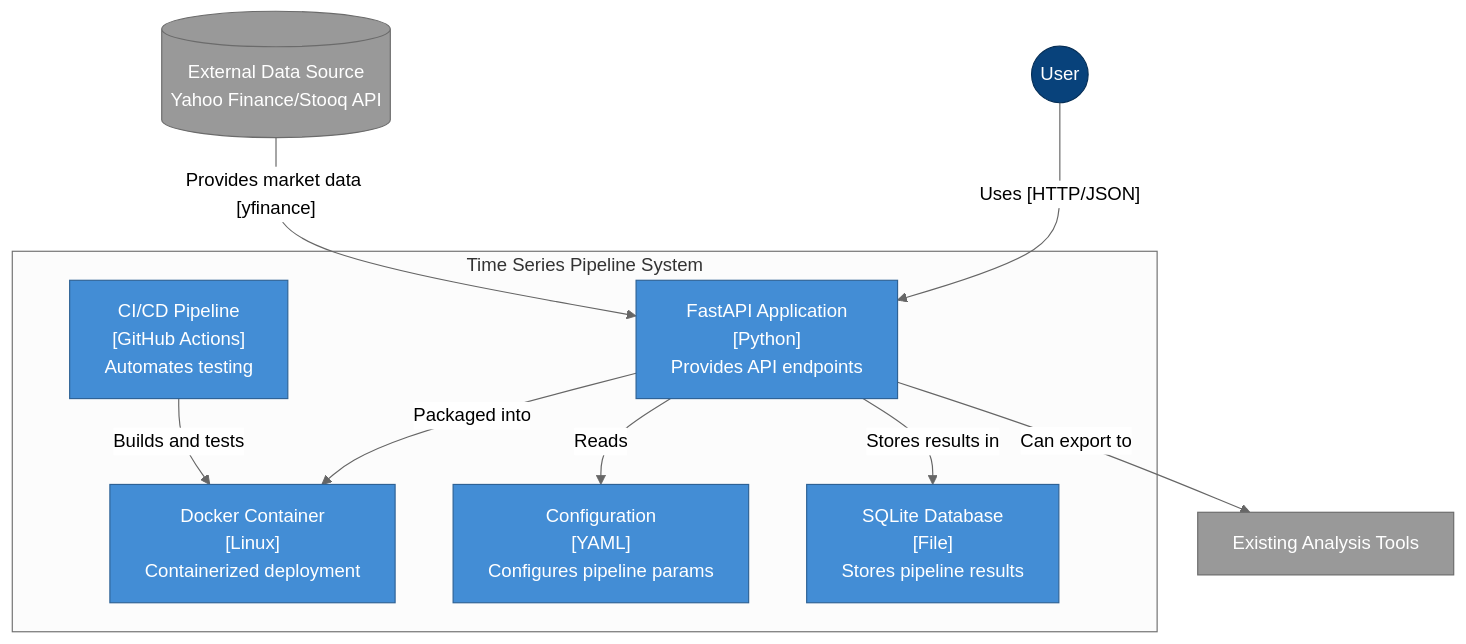
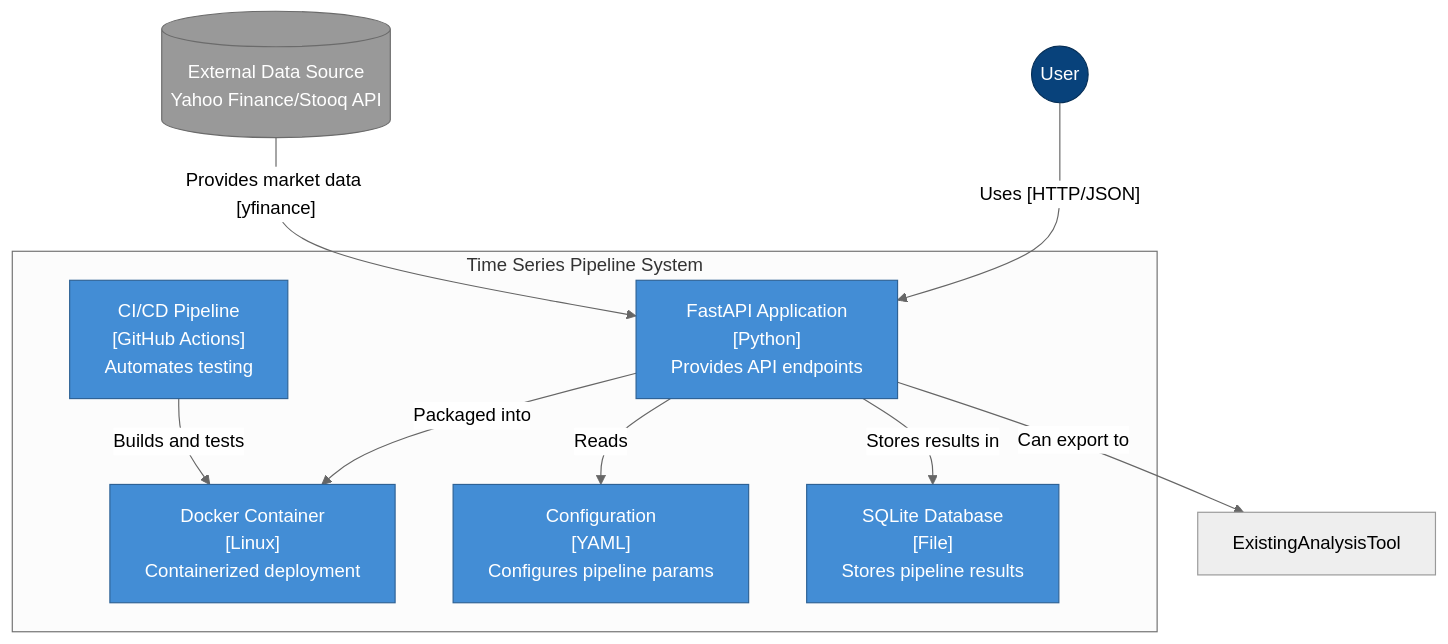
The second of 4 diagrams in README.md (garthmortensen/timeseries-api), drawn with Mermaid (neutral theme) before and after one commit. The commit also changed other lines of this file, not shown here.

````diff
--- a/README.md
+++ b/README.md
@@ -421,33 +437,32 @@
 ```mermaid
 flowchart TB
     %% Styling
     classDef person fill:#08427B,color:#fff,stroke:#052E56,stroke-width:1px
     classDef container fill:#438DD5,color:#fff,stroke:#2E6295,stroke-width:1px
     classDef external fill:#999999,color:#fff,stroke:#6B6B6B,stroke-width:1px
     classDef system fill:#1168BD,color:#fff,stroke:#0B4884,stroke-width:1px
     
     %% Person
     User((User)):::person
     
     %% System boundary
     subgraph TimeSeriesPipeline["Time Series Pipeline System"]
         FastAPI["FastAPI Application<br>[Python]<br>Provides API endpoints"]:::container
         Dockerized["Docker Container<br>[Linux]<br>Containerized deployment"]:::container
         Config["Configuration<br>[YAML]<br>Configures pipeline params"]:::container
 Database["SQLite Database<br>[File]<br>Stores pipeline results"]:::container
         CIpipeline["CI/CD Pipeline<br>[GitHub Actions]<br>Automates testing"]:::container
     end
     
     %% External Systems
     ExternalDataSource[(External Data Source<br>Yahoo Finance/Stooq API)]:::external
-ExistingAnalysisTool[Existing Analysis Tools]:::external
     
     %% Relationships
     User -- "Uses [HTTP/JSON]" --> FastAPI
     FastAPI -- "Reads" --> Config
     FastAPI -- "Stores results in" --> Database
     FastAPI -- "Packaged into" --> Dockerized
     CIpipeline -- "Builds and tests" --> Dockerized
     ExternalDataSource -- "Provides market data [yfinance]" --> FastAPI
     FastAPI -- "Can export to" --> ExistingAnalysisTool
 ```
````
